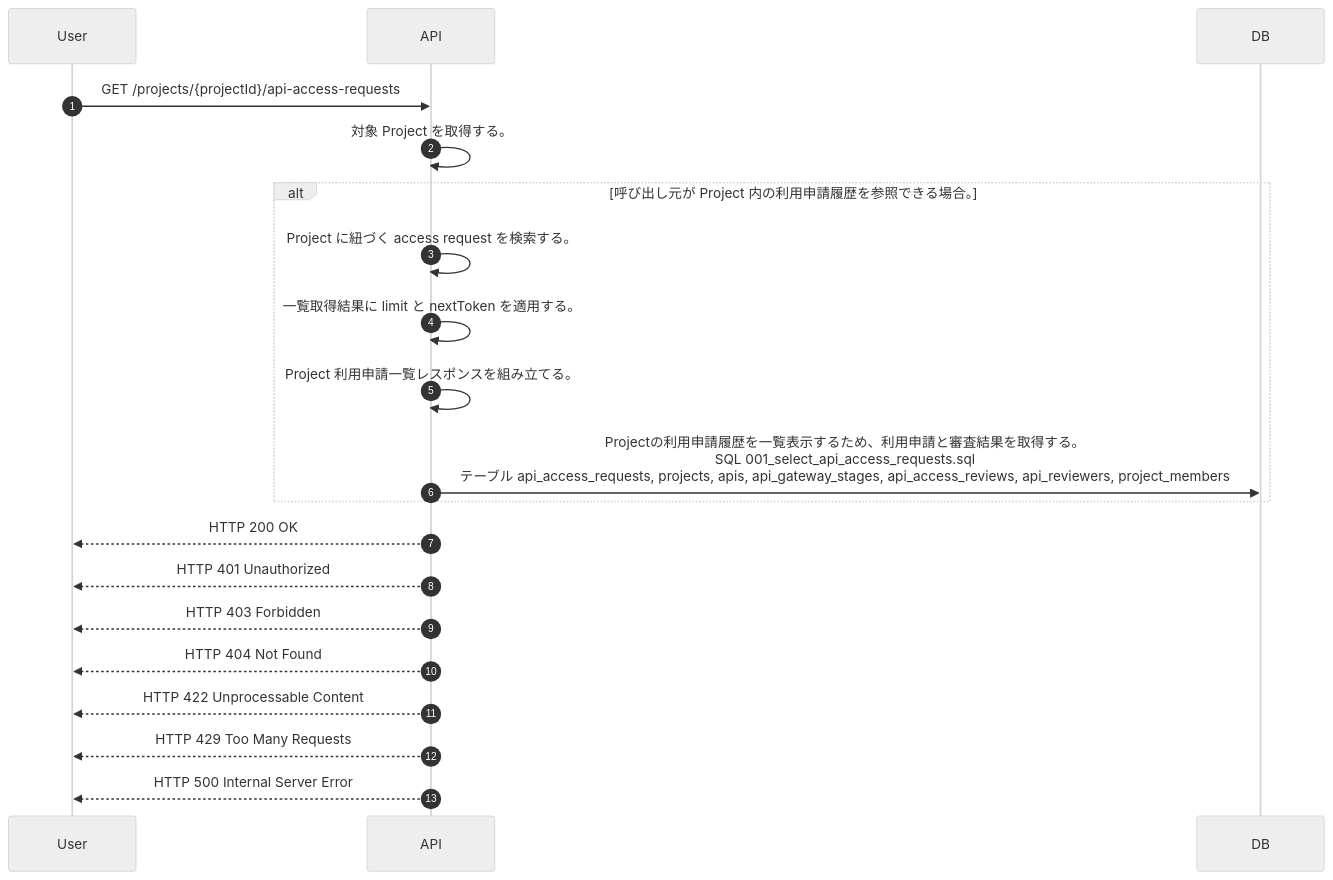
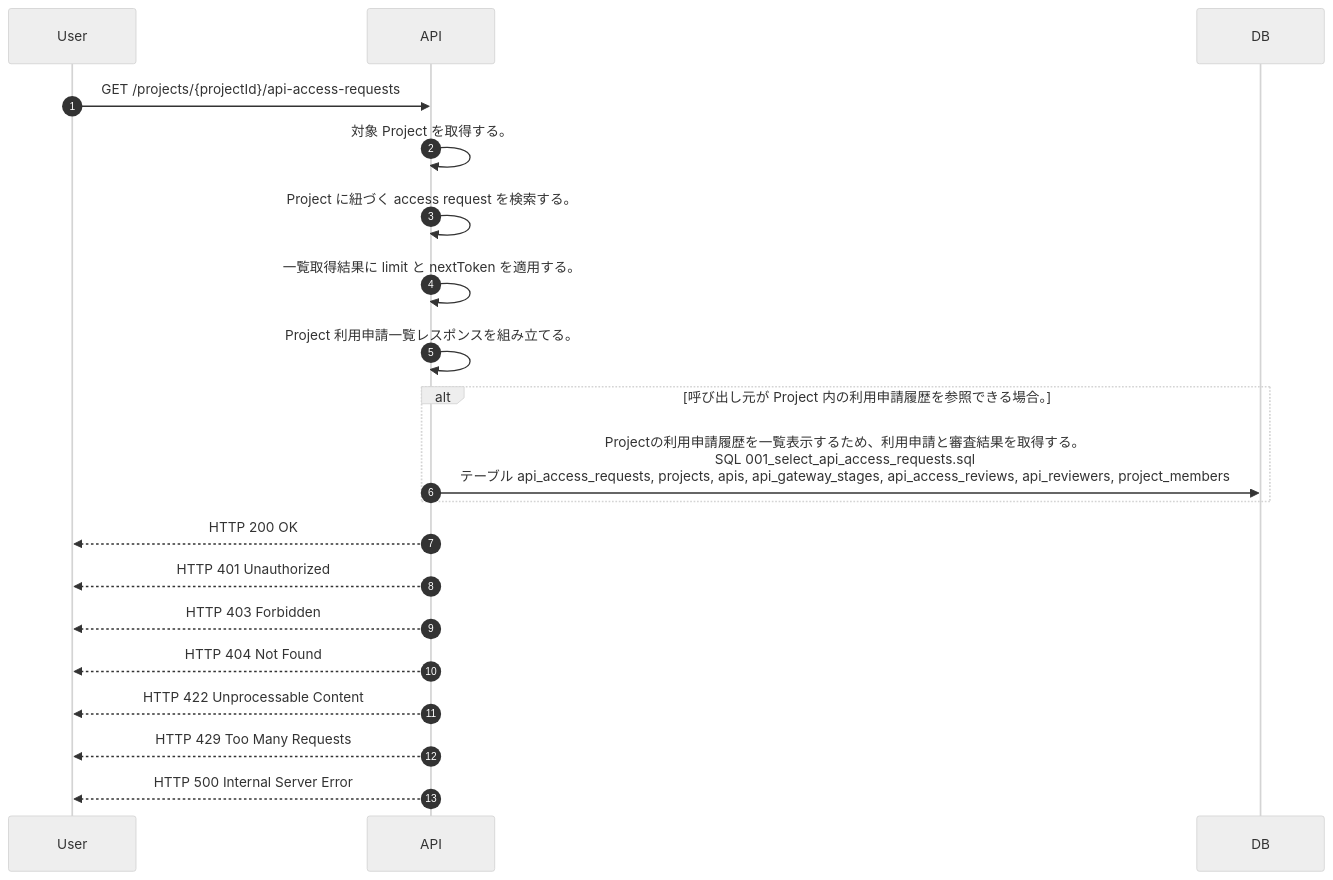
Before and after one commit to tsuji-tomonori/lazunex: the diagram in docs/spec/40.apis/projects/list_project_api_access_requests/sequence_gen.md, drawn with Mermaid (neutral theme). The commit also changed 13 other files, not shown here.

````diff
--- a/docs/spec/40.apis/projects/list_project_api_access_requests/sequence_gen.md
+++ b/docs/spec/40.apis/projects/list_project_api_access_requests/sequence_gen.md
@@ -5,22 +5,22 @@
 ```mermaid
 sequenceDiagram
   autonumber
   participant User as User
   participant API as API
   participant DB as DB
   User->>API: GET /projects/{projectId}/api-access-requests
   API->>API: 対象 Project を取得する。
+  API->>API: Project に紐づく access request を検索する。
+  API->>API: 一覧取得結果に limit と nextToken を適用する。
+  API->>API: Project 利用申請一覧レスポンスを組み立てる。
   alt 呼び出し元が Project 内の利用申請履歴を参照できる場合。
-    API->>API: Project に紐づく access request を検索する。
-    API->>API: 一覧取得結果に limit と nextToken を適用する。
-    API->>API: Project 利用申請一覧レスポンスを組み立てる。
     API->>DB: Projectの利用申請履歴を一覧表示するため、利用申請と審査結果を取得する。<br/>SQL 001_select_api_access_requests.sql<br/>テーブル api_access_requests, projects, apis, api_gateway_stages, api_access_reviews, api_reviewers, project_members
   end
   API-->>User: HTTP 200 OK
   API-->>User: HTTP 401 Unauthorized
   API-->>User: HTTP 403 Forbidden
   API-->>User: HTTP 404 Not Found
   API-->>User: HTTP 422 Unprocessable Content
   API-->>User: HTTP 429 Too Many Requests
   API-->>User: HTTP 500 Internal Server Error
 ```
````
